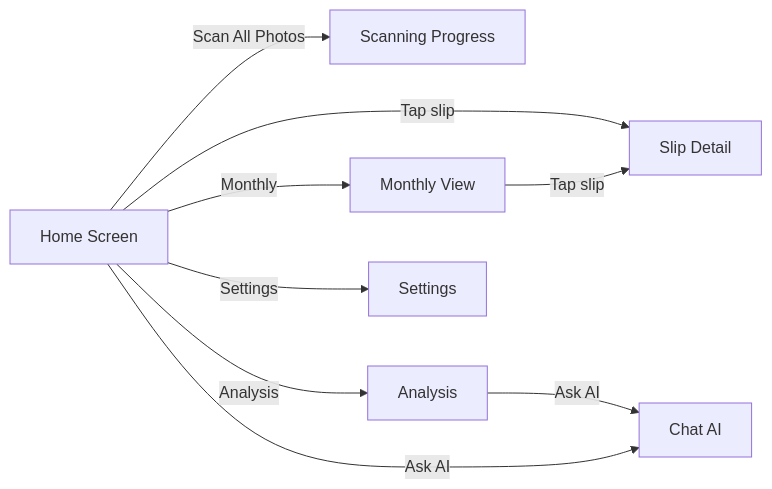
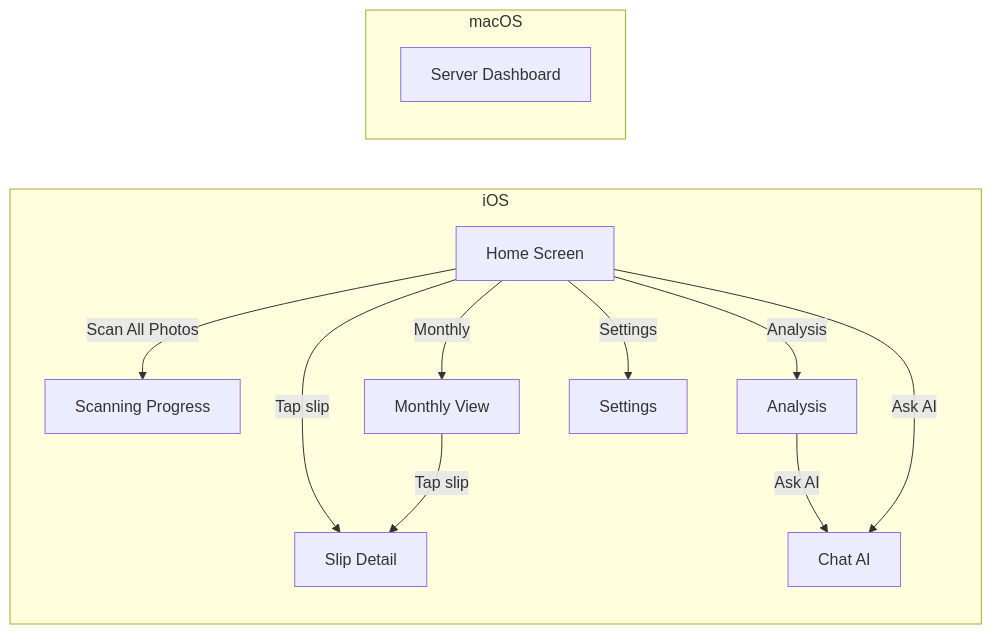
One commit to GChanathip/slip_scanner changed the first of 4 diagrams in README.md. Above: the diagram before and after it, drawn with Mermaid. The commit also changed other lines of this file and 6 other files, not shown here.

````diff
--- a/README.md
+++ b/README.md
@@ -90,19 +143,25 @@
 ```mermaid
 flowchart LR
-    Home[Home Screen]
-    Scan[Scanning Progress]
-    Detail[Slip Detail]
-    Monthly[Monthly View]
-    Analysis[Analysis]
-    Chat[Chat AI]
-    Settings[Settings]
+    subgraph ios_screens["iOS"]
+        Home[Home Screen]
+        Scan[Scanning Progress]
+        Detail[Slip Detail]
+        Monthly[Monthly View]
+        Analysis[Analysis]
+        Chat[Chat AI]
+        Settings[Settings]
 
-    Home -->|Scan All Photos| Scan
-    Home -->|Tap slip| Detail
-    Home -->|Monthly| Monthly
-    Home -->|Analysis| Analysis
-    Home -->|Settings| Settings
-    Monthly -->|Tap slip| Detail
-    Analysis -->|Ask AI| Chat
-    Home -->|Ask AI| Chat
+        Home -->|Scan All Photos| Scan
+        Home -->|Tap slip| Detail
+        Home -->|Monthly| Monthly
+        Home -->|Analysis| Analysis
+        Home -->|Settings| Settings
+        Monthly -->|Tap slip| Detail
+        Analysis -->|Ask AI| Chat
+        Home -->|Ask AI| Chat
+    end
+
+    subgraph macos_screens["macOS"]
+        Dashboard[Server Dashboard]
+    end
 ```
````
